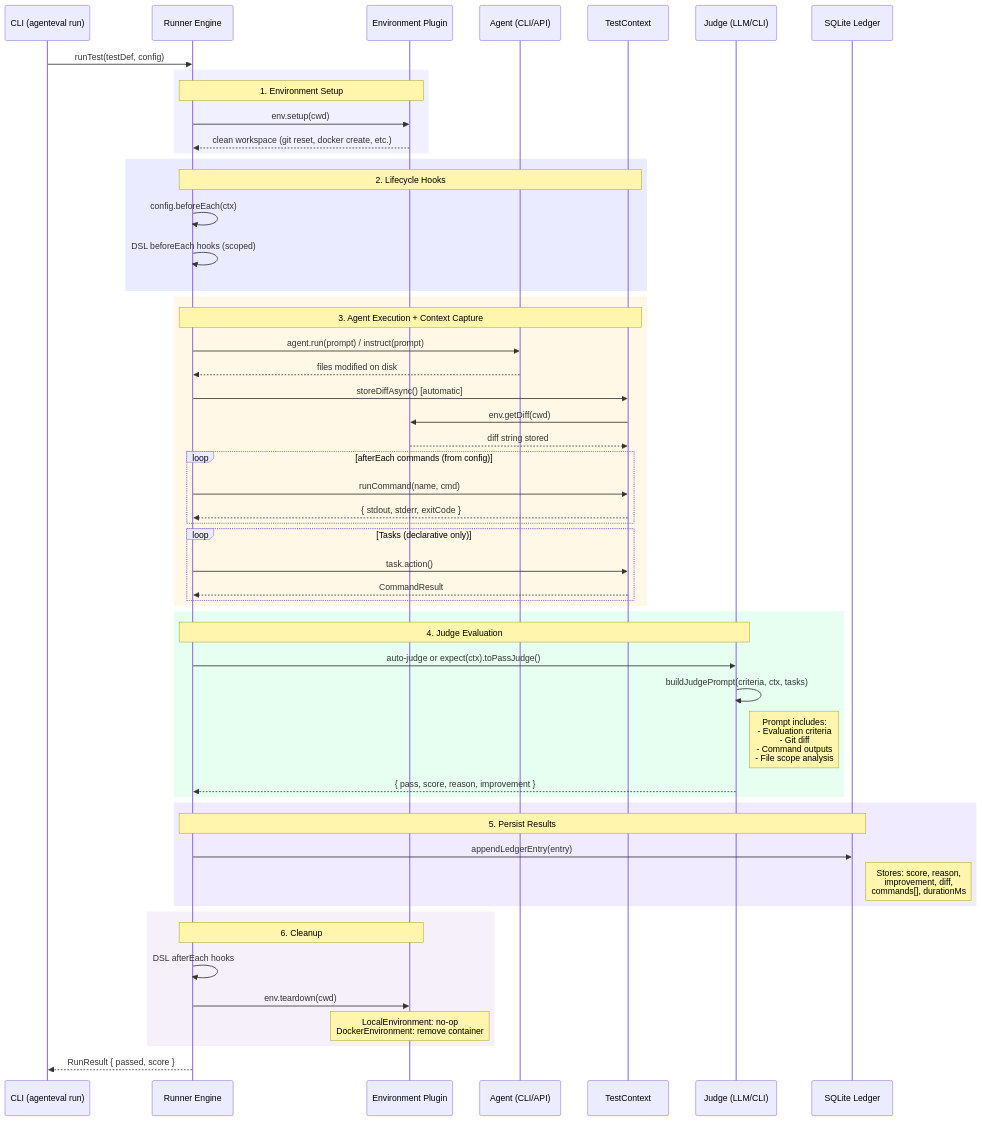
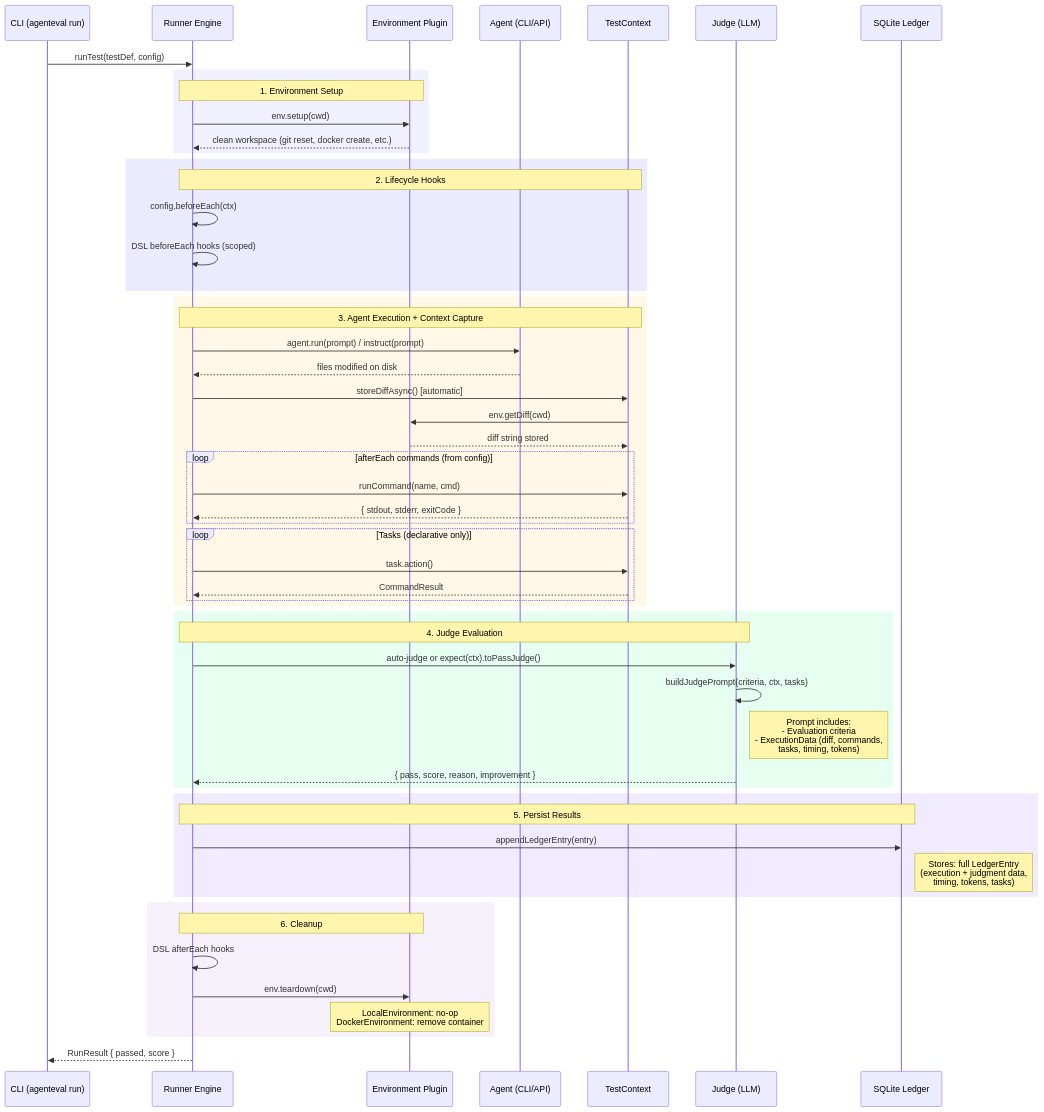
One commit to Tlahey/agent-eval changed the third of 5 diagrams in apps/docs/guide/architecture.md. Above: the diagram before and after it, drawn with Mermaid. The commit also changed other lines of this file and 68 other files, not shown here.

First line of the commit message:
refactor(core): decouple plugin architecture with IModelPlugin and IRunnerPlugin (#7)

````diff
--- a/apps/docs/guide/architecture.md
+++ b/apps/docs/guide/architecture.md
@@ -166,66 +178,66 @@
 ```mermaid
 sequenceDiagram
     participant CLI as CLI (agenteval run)
     participant Runner as Runner Engine
     participant Git as Environment Plugin
     participant Agent as Agent (CLI/API)
     participant Ctx as TestContext
-    participant Judge as Judge (LLM/CLI)
+    participant Judge as Judge (LLM)
     participant Ledger as SQLite Ledger
 
     CLI->>Runner: runTest(testDef, config)
 
     rect rgb(240, 240, 255)
         Note over Runner,Git: 1. Environment Setup
         Runner->>Git: env.setup(cwd)
         Git-->>Runner: clean workspace (git reset, docker create, etc.)
     end
 
     rect rgb(235, 235, 255)
         Note over Runner,Ctx: 2. Lifecycle Hooks
         Runner->>Runner: config.beforeEach(ctx)
         Runner->>Runner: DSL beforeEach hooks (scoped)
     end
 
     rect rgb(255, 248, 230)
         Note over Runner,Ctx: 3. Agent Execution + Context Capture
         Runner->>Agent: agent.run(prompt) / instruct(prompt)
         Agent-->>Runner: files modified on disk
         Runner->>Ctx: storeDiffAsync() [automatic]
         Ctx->>Git: env.getDiff(cwd)
         Git-->>Ctx: diff string stored
 
         loop afterEach commands (from config)
             Runner->>Ctx: runCommand(name, cmd)
             Ctx-->>Runner: { stdout, stderr, exitCode }
         end
 
         loop Tasks (declarative only)
             Runner->>Ctx: task.action()
             Ctx-->>Runner: CommandResult
         end
     end
 
     rect rgb(230, 255, 240)
         Note over Runner,Judge: 4. Judge Evaluation
         Runner->>Judge: auto-judge or expect(ctx).toPassJudge()
         Judge->>Judge: buildJudgePrompt(criteria, ctx, tasks)
-        Note right of Judge: Prompt includes:<br/>- Evaluation criteria<br/>- Git diff<br/>- Command outputs<br/>- File scope analysis
+        Note right of Judge: Prompt includes:<br/>- Evaluation criteria<br/>- ExecutionData (diff, commands,<br/>tasks, timing, tokens)
         Judge-->>Runner: { pass, score, reason, improvement }
     end
 
     rect rgb(240, 235, 255)
         Note over Runner,Ledger: 5. Persist Results
         Runner->>Ledger: appendLedgerEntry(entry)
-        Note right of Ledger: Stores: score, reason,<br/>improvement, diff,<br/>commands[], durationMs
+        Note right of Ledger: Stores: full LedgerEntry<br/>(execution + judgment data,<br/>timing, tokens, tasks)
     end
 
     rect rgb(245, 240, 250)
         Note over Runner,Git: 6. Cleanup
         Runner->>Runner: DSL afterEach hooks
         Runner->>Git: env.teardown(cwd)
         Note over Git: LocalEnvironment: no-op<br/>DockerEnvironment: remove container
     end
 
     Runner-->>CLI: RunResult { passed, score }
 ```
````
